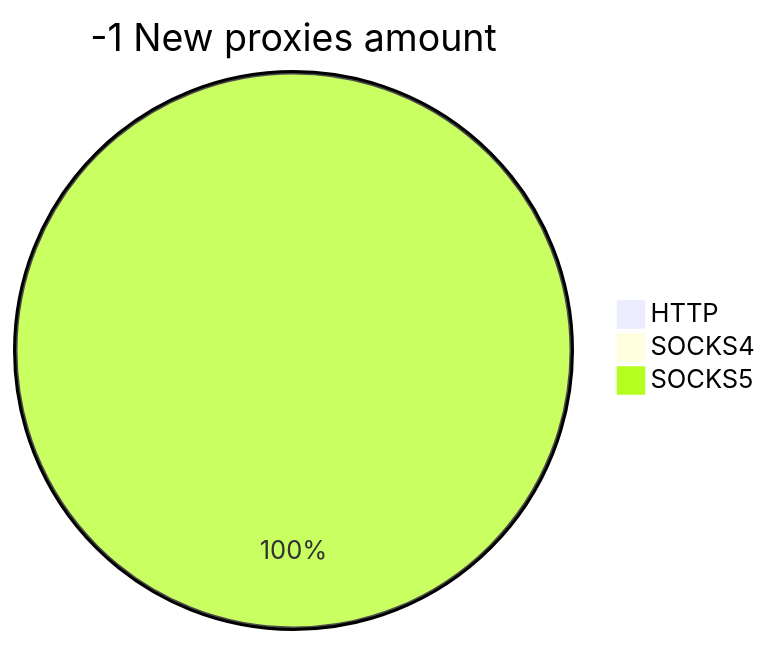
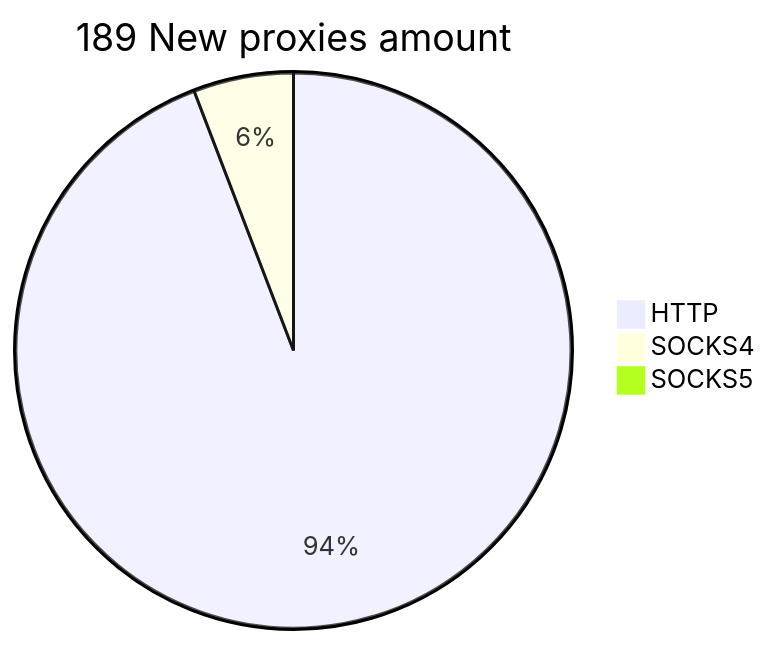
One commit to cutipu/proxylist changed the second of 2 diagrams in README.md. Above: the diagram before and after it, drawn with Mermaid. The commit also changed other lines of this file, not shown here.

````diff
--- a/README.md
+++ b/README.md
@@ -10,6 +10,6 @@
 ```mermaid
-pie title -1 New proxies amount
-    "HTTP" : 0
-    "SOCKS4" : 0
-    "SOCKS5" : 25
+pie title 189 New proxies amount
+    "HTTP" : 178
+    "SOCKS4" : 11
+    "SOCKS5" : 0
 ```
````
